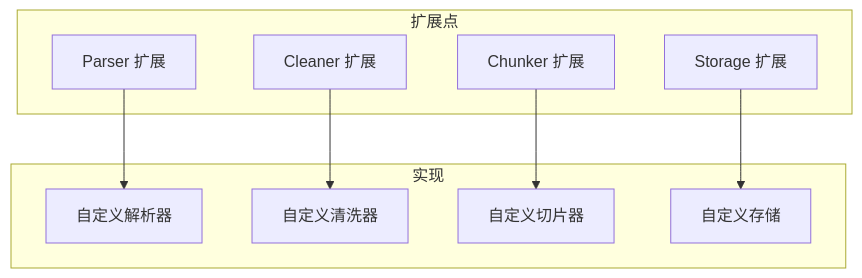
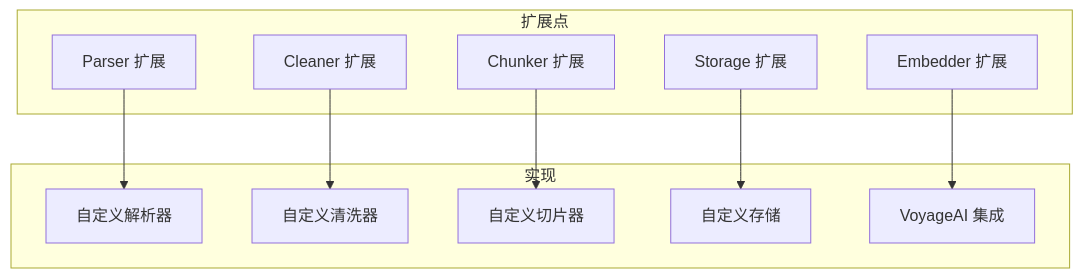
Diagram 26 of 26 in 开发计划/服务设计/05-etl-service-design.md (hanwei808/ai-product-production-guide), drawn with Mermaid before and after one commit. The commit also changed other lines of this file and 6 other files, not shown here.

````diff
--- a/开发计划/服务设计/05-etl-service-design.md
+++ b/开发计划/服务设计/05-etl-service-design.md
@@ -1226,21 +1316,24 @@
 ```mermaid
 graph TD
     subgraph 扩展点
         ParserExt[Parser 扩展]
         CleanerExt[Cleaner 扩展]
         ChunkerExt[Chunker 扩展]
         StorageExt[Storage 扩展]
+        EmbedderExt[Embedder 扩展]
     end
 
     subgraph 实现
         CustomParser[自定义解析器]
         CustomCleaner[自定义清洗器]
         CustomChunker[自定义切片器]
         CustomStorage[自定义存储]
+        VoyageAI[VoyageAI 集成]
     end
 
     ParserExt --> CustomParser
     CleanerExt --> CustomCleaner
     ChunkerExt --> CustomChunker
     StorageExt --> CustomStorage
+    EmbedderExt --> VoyageAI
 ```
````
